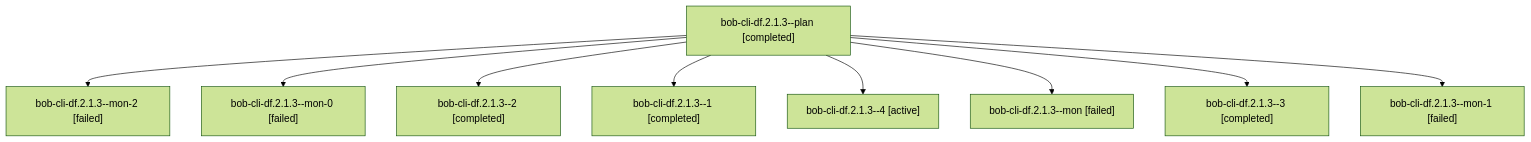
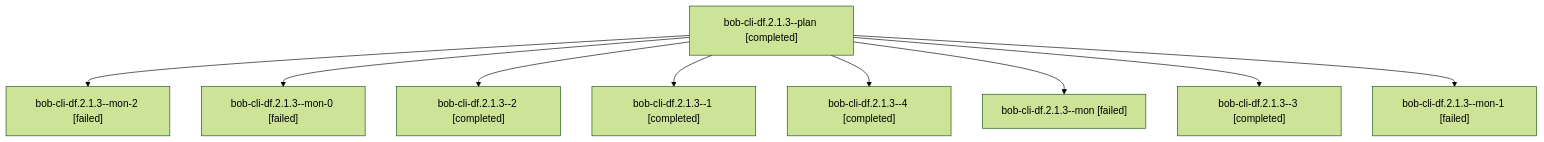
One commit to bobs-org/bob-cli--agents changed the diagram in sessions/bbugyi200.athena.bob-cli-df.2.1.3.md. Above: the diagram before and after it, drawn with Mermaid (forest theme). The commit also changed other lines of this file and 152 other files, not shown here.

````diff
--- a/sessions/bbugyi200.athena.bob-cli-df.2.1.3.md
+++ b/sessions/bbugyi200.athena.bob-cli-df.2.1.3.md
@@ -9,20 +9,20 @@
 ```mermaid
 flowchart TD
   n0["bob-cli-df.2.1.3--plan [completed]"]
   n1["bob-cli-df.2.1.3--mon-2 [failed]"]
   n0 --> n1
   n2["bob-cli-df.2.1.3--mon-0 [failed]"]
   n0 --> n2
   n3["bob-cli-df.2.1.3--2 [completed]"]
   n0 --> n3
   n4["bob-cli-df.2.1.3--1 [completed]"]
   n0 --> n4
-  n5["bob-cli-df.2.1.3--4 [active]"]
+  n5["bob-cli-df.2.1.3--4 [completed]"]
   n0 --> n5
   n6["bob-cli-df.2.1.3--mon [failed]"]
   n0 --> n6
   n7["bob-cli-df.2.1.3--3 [completed]"]
   n0 --> n7
   n8["bob-cli-df.2.1.3--mon-1 [failed]"]
   n0 --> n8
 ```
````
